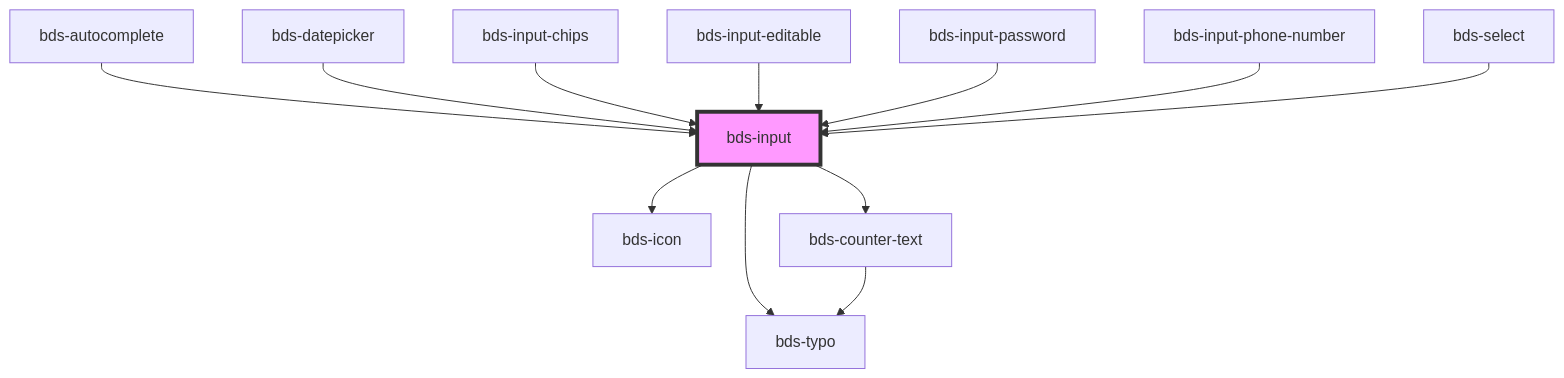
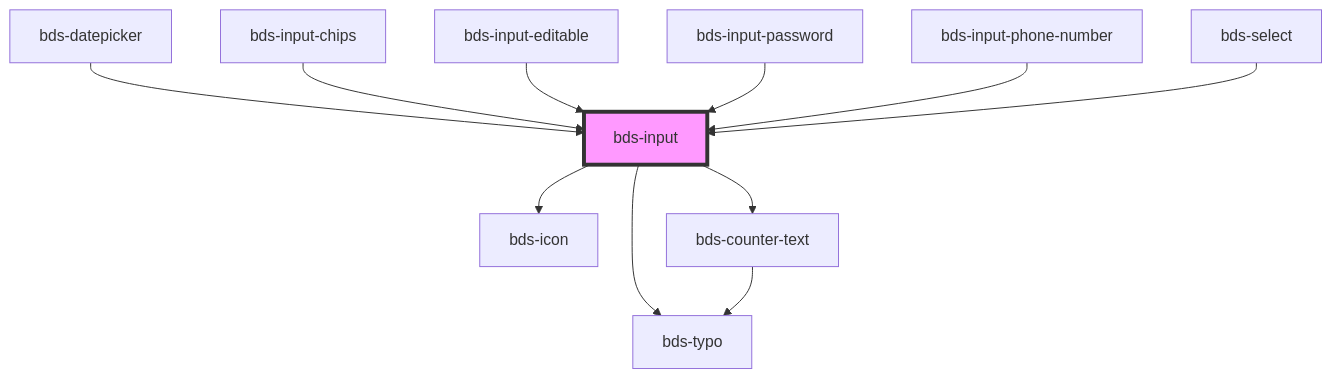
The diagram in src/components/input/readme.md (takenet/blip-ds), drawn with Mermaid before and after one commit. The commit also changed other lines of this file and 4 other files, not shown here.

Commit message:
feat(autocomplete): uncapsulate input form autocomplete

````diff
--- a/src/components/input/readme.md
+++ b/src/components/input/readme.md
@@ -139,15 +138,14 @@
 ```mermaid
 graph TD;
   bds-input --> bds-icon
   bds-input --> bds-typo
   bds-input --> bds-counter-text
   bds-counter-text --> bds-typo
-  bds-autocomplete --> bds-input
   bds-datepicker --> bds-input
   bds-input-chips --> bds-input
   bds-input-editable --> bds-input
   bds-input-password --> bds-input
   bds-input-phone-number --> bds-input
   bds-select --> bds-input
   style bds-input fill:#f9f,stroke:#333,stroke-width:4px
 ```
````
